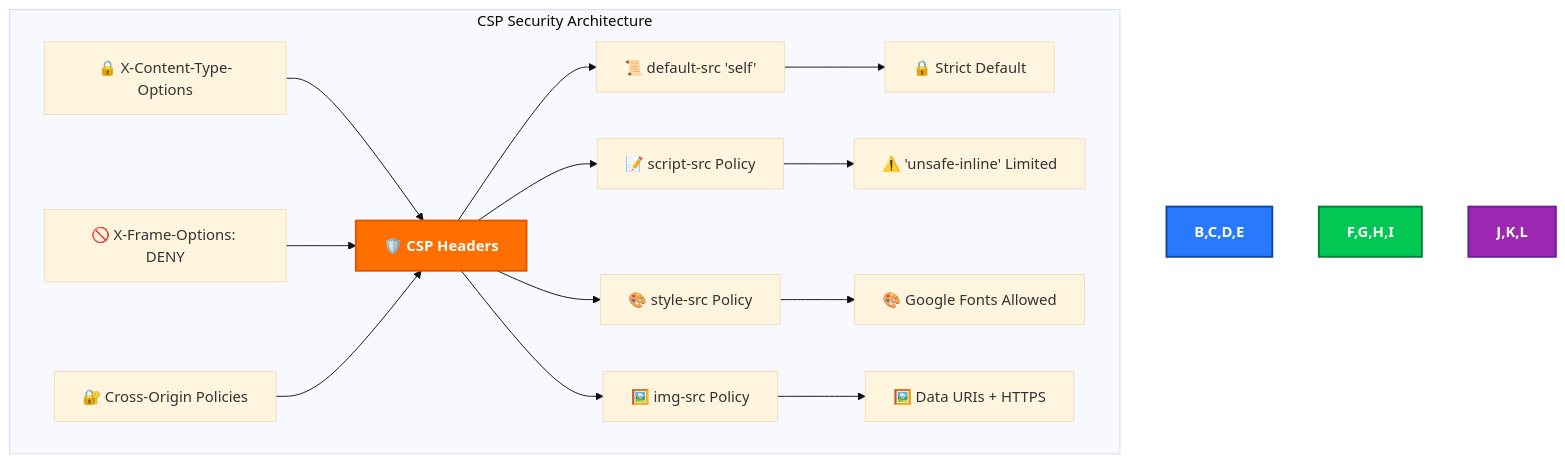
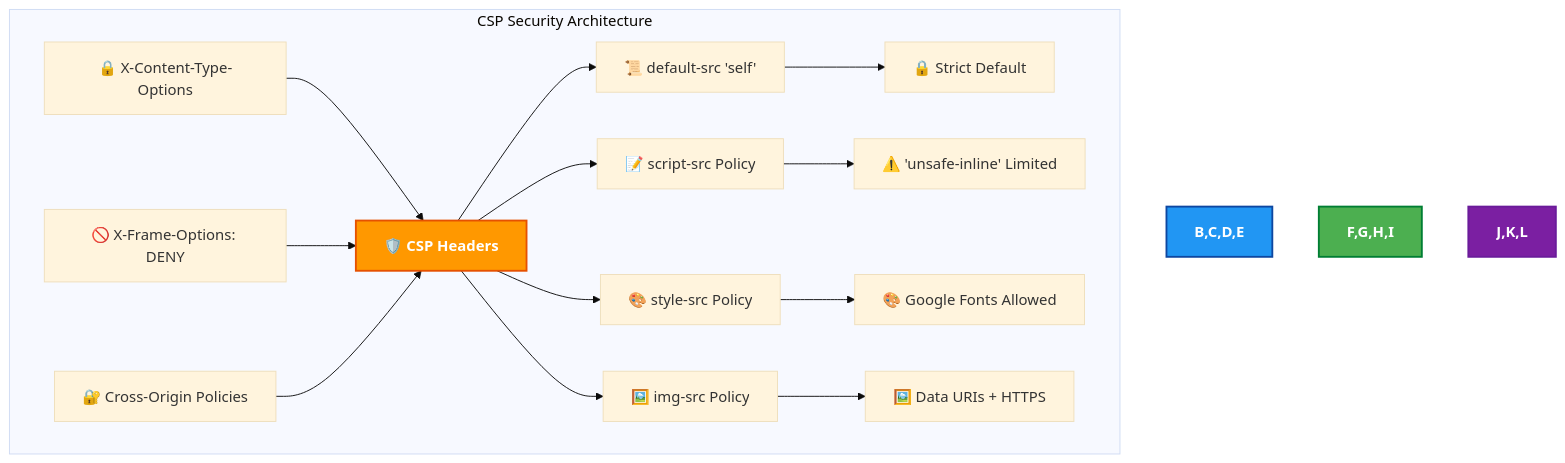
Before and after one commit to step-security-bot/cia-compliance-manager: diagram 22 of 32 in docs/architecture/SECURITY_ARCHITECTURE.md, drawn with Mermaid (base theme). The commit also changed other lines of this file and 27 other files, not shown here.

First line of the commit message:
fix: resolve broken mermaid diagrams and improve color coding to match ISMS style guide (#1106)

````diff
--- a/docs/architecture/SECURITY_ARCHITECTURE.md
+++ b/docs/architecture/SECURITY_ARCHITECTURE.md
@@ -1472,23 +1472,23 @@
 ```mermaid
 flowchart TD
     subgraph "CSP Security Architecture"
         A[🛡️ CSP Headers] --> B[📜 default-src 'self']
         A --> C[📝 script-src Policy]
         A --> D[🎨 style-src Policy]
         A --> E[🖼️ img-src Policy]
         
         B --> F[🔒 Strict Default]
         C --> G[⚠️ 'unsafe-inline' Limited]
         D --> H[🎨 Google Fonts Allowed]
         E --> I[🖼️ Data URIs + HTTPS]
         
         J[🔒 X-Content-Type-Options] --> A
         K[🚫 X-Frame-Options: DENY] --> A
         L[🔐 Cross-Origin Policies] --> A
     end
 
-    style A fill:#FF6F00,stroke:#E65100,stroke-width:2px,color:white,font-weight:bold
-    style B,C,D,E fill:#2979FF,stroke:#0D47A1,stroke-width:2px,color:white,font-weight:bold
-    style F,G,H,I fill:#00C853,stroke:#007E33,stroke-width:2px,color:white,font-weight:bold
-    style J,K,L fill:#9C27B0,stroke:#6A1B9A,stroke-width:2px,color:white,font-weight:bold
+    style A fill:#FF9800,stroke:#E65100,stroke-width:2px,color:white,font-weight:bold
+    style B,C,D,E fill:#2196F3,stroke:#0D47A1,stroke-width:2px,color:white,font-weight:bold
+    style F,G,H,I fill:#4CAF50,stroke:#007E33,stroke-width:2px,color:white,font-weight:bold
+    style J,K,L fill:#7B1FA2,stroke:#6A1B9A,stroke-width:2px,color:white,font-weight:bold
 ```
````
